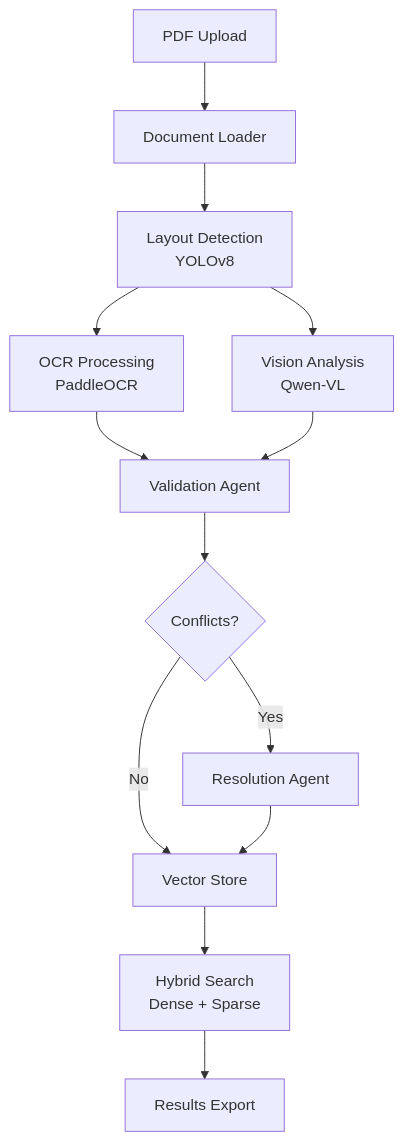
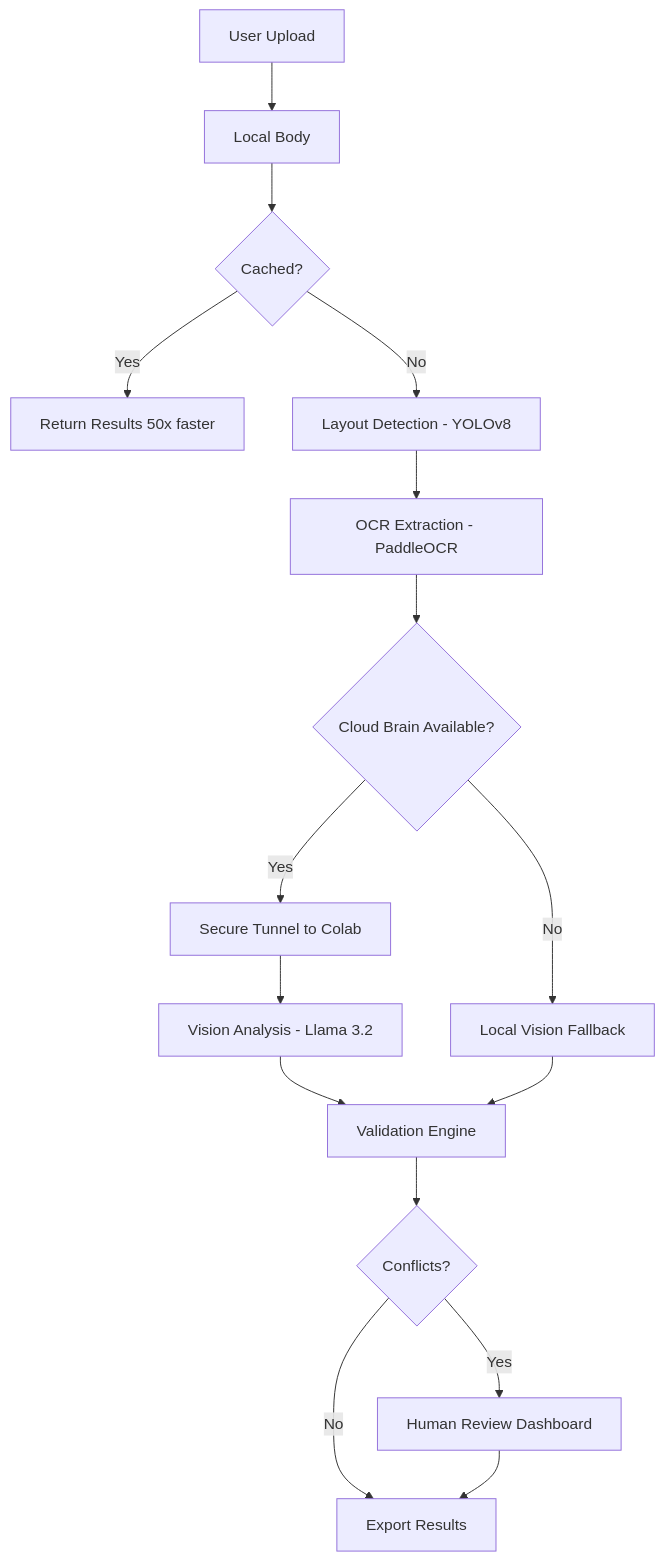
Before and after one commit to AlexXD121/AI_AGENT: the diagram in README.md, drawn with Mermaid. The commit also changed other lines of this file and 3 other files, not shown here.

````diff
--- a/README.md
+++ b/README.md
@@ -302,15 +54,18 @@
 ```mermaid
 graph TB
-    A[PDF Upload] --> B[Document Loader]
-    B --> C[Layout Detection<br/>YOLOv8]
-    C --> D[OCR Processing<br/>PaddleOCR]
-    C --> E[Vision Analysis<br/>Qwen-VL]
-    D --> F[Validation Agent]
-    E --> F
-    F --> G{Conflicts?}
-    G -->|Yes| H[Resolution Agent]
-    G -->|No| I[Vector Store]
-    H --> I
-    I --> J[Hybrid Search<br/>Dense + Sparse]
-    J --> K[Results Export]
+    A[User Upload] --> B[Local Body]
+    B --> C{Cached?}
+    C -->|Yes| D[Return Results 50x faster]
+    C -->|No| E[Layout Detection - YOLOv8]
+    E --> F[OCR Extraction - PaddleOCR]
+    F --> G{Cloud Brain Available?}
+    G -->|Yes| H[Secure Tunnel to Colab]
+    H --> I[Vision Analysis - Llama 3.2]
+    I --> J[Validation Engine]
+    G -->|No| K[Local Vision Fallback]
+    K --> J
+    J --> L{Conflicts?}
+    L -->|Yes| M[Human Review Dashboard]
+    L -->|No| N[Export Results]
+    M --> N
 ```
````
